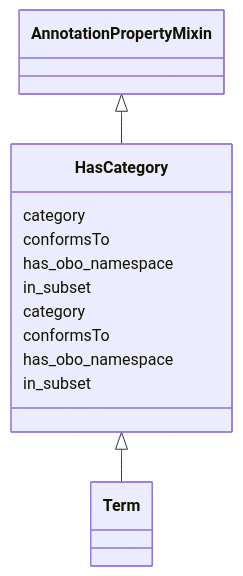
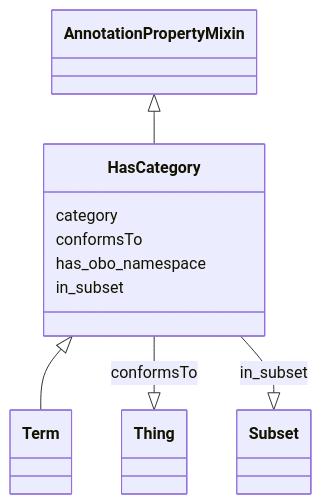
The diagram in ontology-metadata/HasCategory.md (cthoyt/ontology-access-kit), drawn with Mermaid before and after one commit. The commit also changed other lines of this file and 3287 other files, not shown here.

````diff
--- a/ontology-metadata/HasCategory.md
+++ b/ontology-metadata/HasCategory.md
@@ -9,19 +9,23 @@
 ```{mermaid}
  classDiagram
     class HasCategory
       AnnotationPropertyMixin <|-- HasCategory
       
-      HasCategory : category
-      HasCategory : conformsTo
-      HasCategory : has_obo_namespace
-      HasCategory : in_subset
-      
 
       HasCategory <|-- Term
       
+      
       HasCategory : category
+        
       HasCategory : conformsTo
+        
+          HasCategory --|> Thing : conformsTo
+        
       HasCategory : has_obo_namespace
+        
       HasCategory : in_subset
+        
+          HasCategory --|> Subset : in_subset
+        
       
 ```
````
